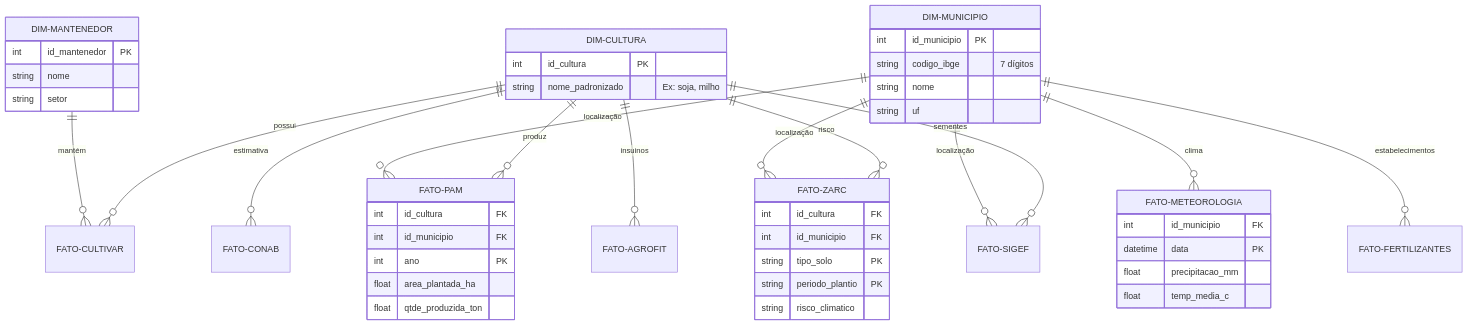
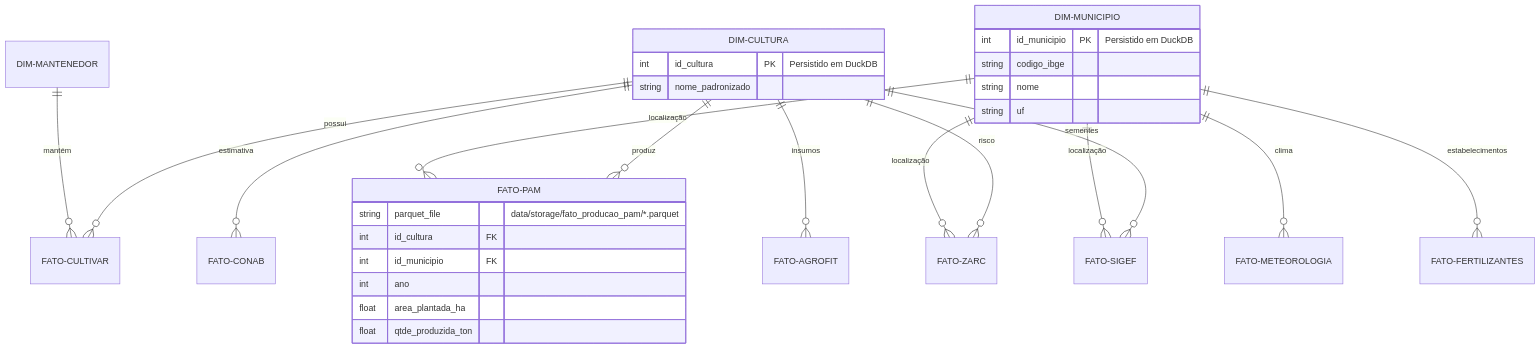
Before and after one commit to cirovisk/Agroharvest-BRv2: the first of 2 diagrams in docs/ARCHITECTURE_VISUAL.md, drawn with Mermaid. The commit also changed other lines of this file and 19 other files, not shown here.

Commit message:
refactor: migrate pipeline storage from PostgreSQL to DuckDB/Parquet and streamline deployment configurations

````diff
--- a/docs/ARCHITECTURE_VISUAL.md
+++ b/docs/ARCHITECTURE_VISUAL.md
@@ -9,53 +9,36 @@
 ```mermaid
 erDiagram
     DIM-CULTURA ||--o{ FATO-CULTIVAR : "possui"
     DIM-CULTURA ||--o{ FATO-PAM : "produz"
     DIM-CULTURA ||--o{ FATO-ZARC : "risco"
     DIM-CULTURA ||--o{ FATO-CONAB : "estimativa"
-    DIM-CULTURA ||--o{ FATO-AGROFIT : "insuinos"
+    DIM-CULTURA ||--o{ FATO-AGROFIT : "insumos"
     DIM-CULTURA ||--o{ FATO-SIGEF : "sementes"
     
     DIM-MUNICIPIO ||--o{ FATO-PAM : "localização"
     DIM-MUNICIPIO ||--o{ FATO-ZARC : "localização"
     DIM-MUNICIPIO ||--o{ FATO-METEOROLOGIA : "clima"
     DIM-MUNICIPIO ||--o{ FATO-FERTILIZANTES : "estabelecimentos"
     DIM-MUNICIPIO ||--o{ FATO-SIGEF : "localização"
     
     DIM-MANTENEDOR ||--o{ FATO-CULTIVAR : "mantém"
 
     DIM-CULTURA {
-        int id_cultura PK
-        string nome_padronizado "Ex: soja, milho"
+        int id_cultura PK "Persistido em DuckDB"
+        string nome_padronizado
     }
     DIM-MUNICIPIO {
-        int id_municipio PK
-        string codigo_ibge "7 dígitos"
+        int id_municipio PK "Persistido em DuckDB"
+        string codigo_ibge
         string nome
         string uf
     }
-    DIM-MANTENEDOR {
-        int id_mantenedor PK
-        string nome
-        string setor
-    }
     FATO-PAM {
+        string parquet_file "data/storage/fato_producao_pam/*.parquet"
         int id_cultura FK
         int id_municipio FK
-        int ano PK
+        int ano
         float area_plantada_ha
         float qtde_produzida_ton
     }
-    FATO-ZARC {
-        int id_cultura FK
-        int id_municipio FK
-        string tipo_solo PK
-        string periodo_plantio PK
-        string risco_climatico
-    }
-    FATO-METEOROLOGIA {
-        int id_municipio FK
-        datetime data PK
-        float precipitacao_mm
-        float temp_media_c
-    }
 ```
````
